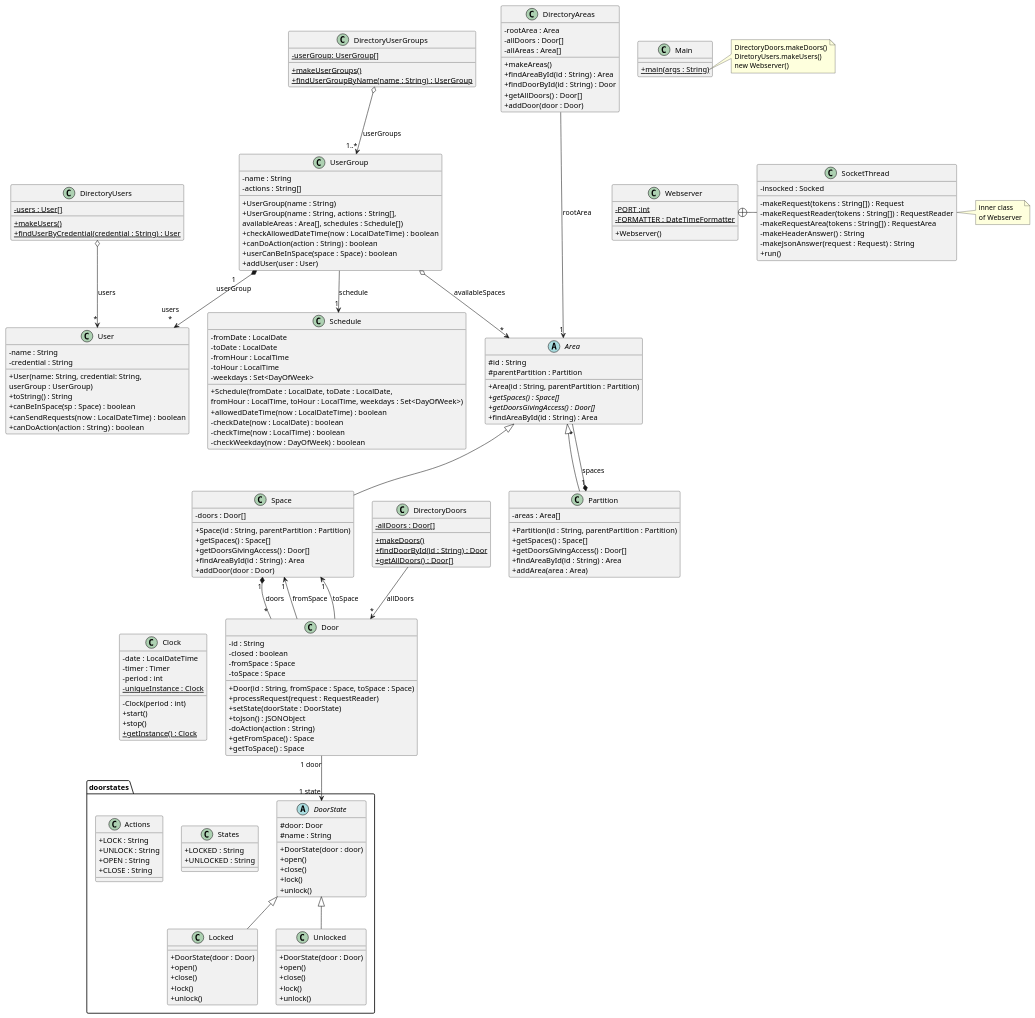
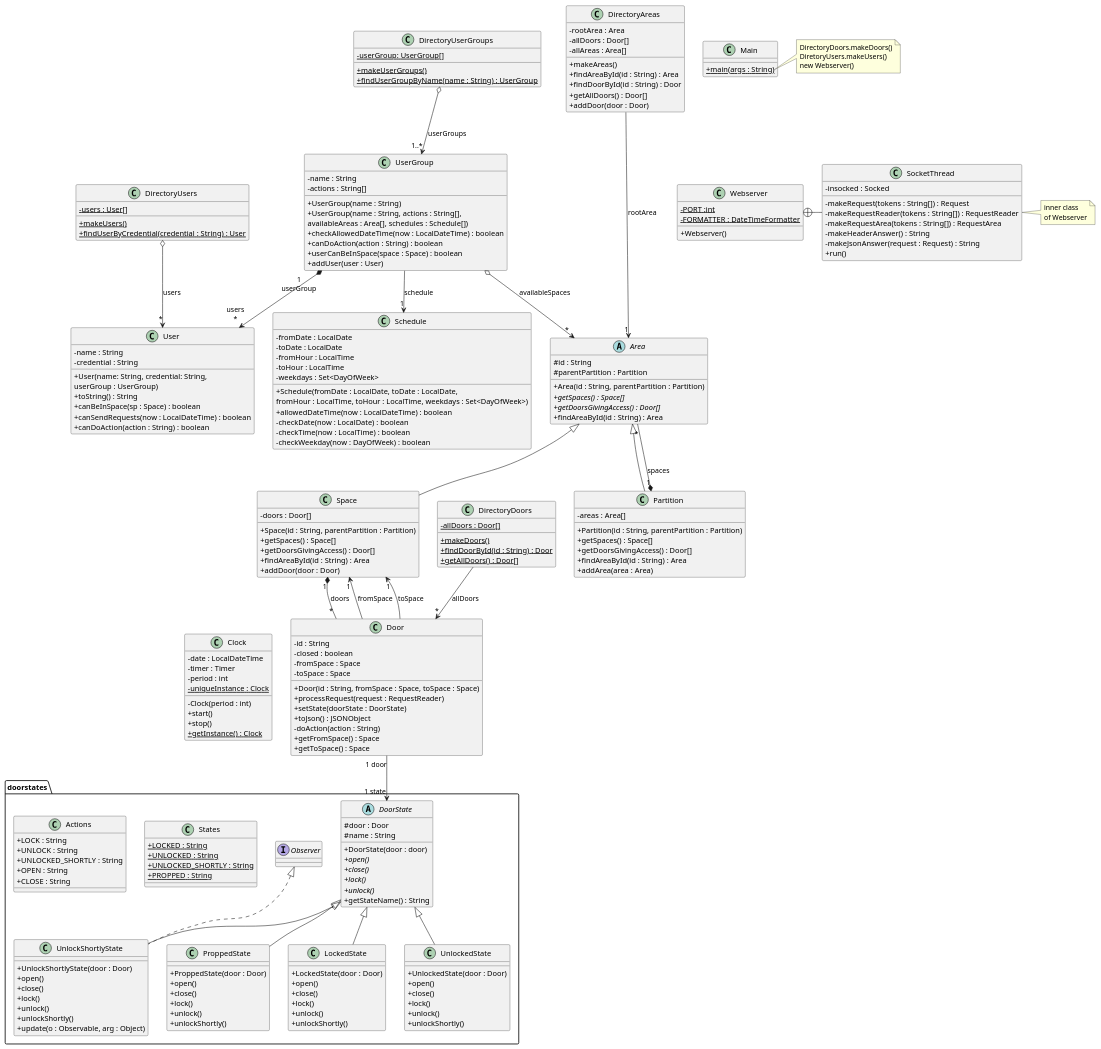
Before and after one commit to leonhrt/DSW-ACS: the diagram in src/baseNoStates/uml/base_no_states.puml, drawn with PlantUML. The commit also changed 2 other files, not shown here.

```diff
--- a/src/baseNoStates/uml/base_no_states.puml
+++ b/src/baseNoStates/uml/base_no_states.puml
@@ -87,41 +87,66 @@
 
 
 package "doorstates" {
-abstract class DoorState{
-# door: Door
-#name : String
-+DoorState(door : door)
-+open()
-+close()
-+lock()
-+unlock()
+abstract class DoorState {
+# door : Door
+# name : String
++ DoorState(door : door)
++ {abstract} open()
++ {abstract} close()
++{abstract} lock()
++ {abstract} unlock()
++ getStateName() : String
 }
 
-class Locked extends DoorState{
-+DoorState(door : Door)
-+open()
-+close()
-+lock()
-+unlock()
+class LockedState extends DoorState{
++ LockedState(door : Door)
++ open()
++ close()
++ lock()
++ unlock()
++ unlockShortly()
 }
 
-class Unlocked extends DoorState{
-+DoorState(door : Door)
-+open()
-+close()
-+lock()
-+unlock()
+class UnlockedState extends DoorState{
++ UnlockedState(door : Door)
++ open()
++ close()
++ lock()
++ unlock()
++ unlockShortly()
+}
+
+class UnlockShortlyState extends DoorState implements Observer{
++ UnlockShortlyState(door : Door)
++ open()
++ close()
++ lock()
++ unlock()
++ unlockShortly()
++ update(o : Observable, arg : Object)
+}
+
+class ProppedState extends DoorState {
++ ProppedState(door : Door)
++ open()
++ close()
++ lock()
++ unlock()
++ unlockShortly()
 }
 
 class States{
-+LOCKED : String
-+UNLOCKED : String
++ {static} LOCKED : String
++ {static} UNLOCKED : String
++ {static} UNLOCKED_SHORTLY : String
++ {static} PROPPED : String
 }
 
 class Actions{
-+LOCK : String
-+UNLOCK : String
-+OPEN : String
++ LOCK : String
++ UNLOCK : String
++ UNLOCKED_SHORTLY : String
++ OPEN : String
 + CLOSE : String
 }
 }
```
